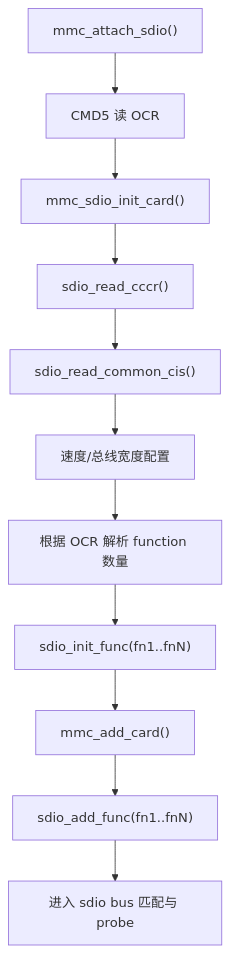
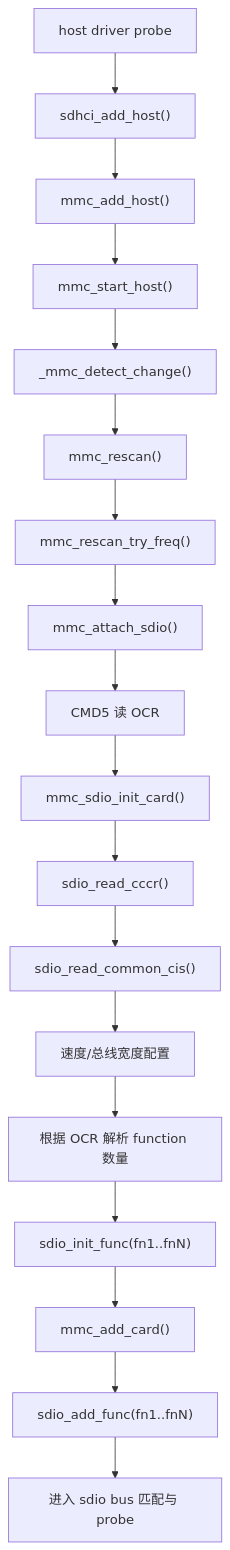
The diagram in sdio/02-SDIO卡枚举与初始化.md (supergit233/Linux-Kernel-study), drawn with Mermaid before and after one commit. The commit also changed other lines of this file and 40 other files, not shown here.

````diff
--- a/sdio/02-SDIO卡枚举与初始化.md
+++ b/sdio/02-SDIO卡枚举与初始化.md
@@ -635,13 +685,20 @@
 ```mermaid
 flowchart TD
-    A["mmc_attach_sdio()"] --> B["CMD5 读 OCR"]
-    B --> C["mmc_sdio_init_card()"]
-    C --> D["sdio_read_cccr()"]
-    D --> E["sdio_read_common_cis()"]
-    E --> F["速度/总线宽度配置"]
-    F --> G["根据 OCR 解析 function 数量"]
-    G --> H["sdio_init_func(fn1..fnN)"]
-    H --> I["mmc_add_card()"]
-    I --> J["sdio_add_func(fn1..fnN)"]
-    J --> K["进入 sdio bus 匹配与 probe"]
+    A["host driver probe"] --> B["sdhci_add_host()"]
+    B --> C["mmc_add_host()"]
+    C --> D["mmc_start_host()"]
+    D --> E["_mmc_detect_change()"]
+    E --> F["mmc_rescan()"]
+    F --> G["mmc_rescan_try_freq()"]
+    G --> H["mmc_attach_sdio()"]
+    H --> I["CMD5 读 OCR"]
+    I --> J["mmc_sdio_init_card()"]
+    J --> K["sdio_read_cccr()"]
+    K --> L["sdio_read_common_cis()"]
+    L --> M["速度/总线宽度配置"]
+    M --> N["根据 OCR 解析 function 数量"]
+    N --> O["sdio_init_func(fn1..fnN)"]
+    O --> P["mmc_add_card()"]
+    P --> Q["sdio_add_func(fn1..fnN)"]
+    Q --> R["进入 sdio bus 匹配与 probe"]
 ```
````
